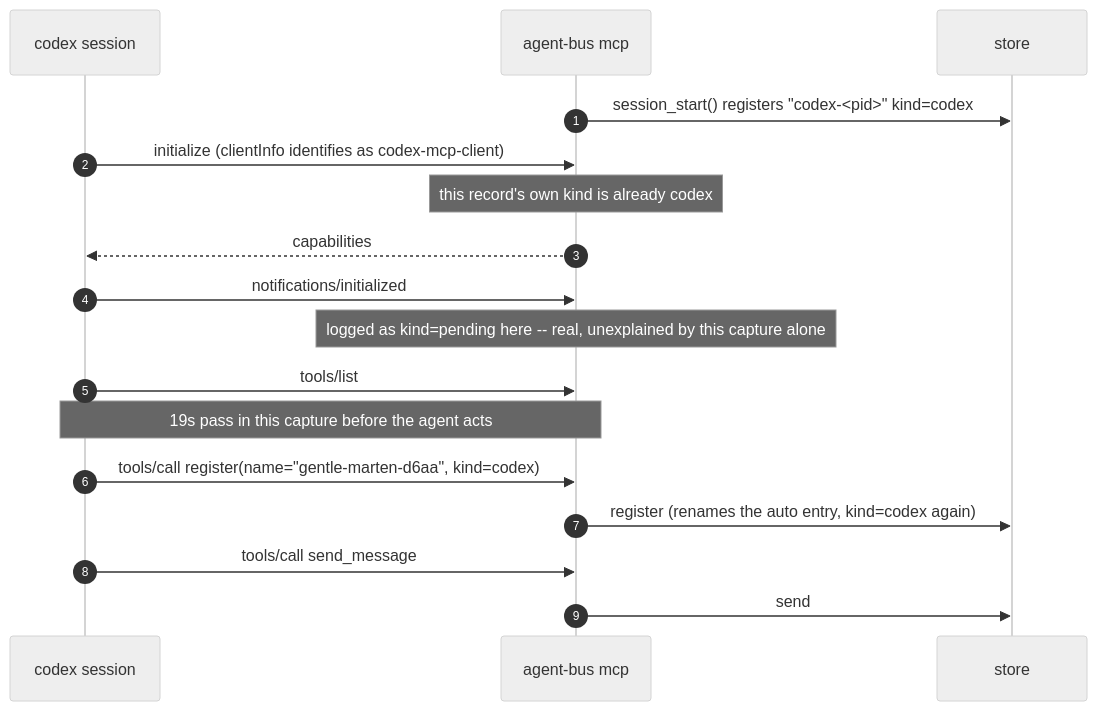
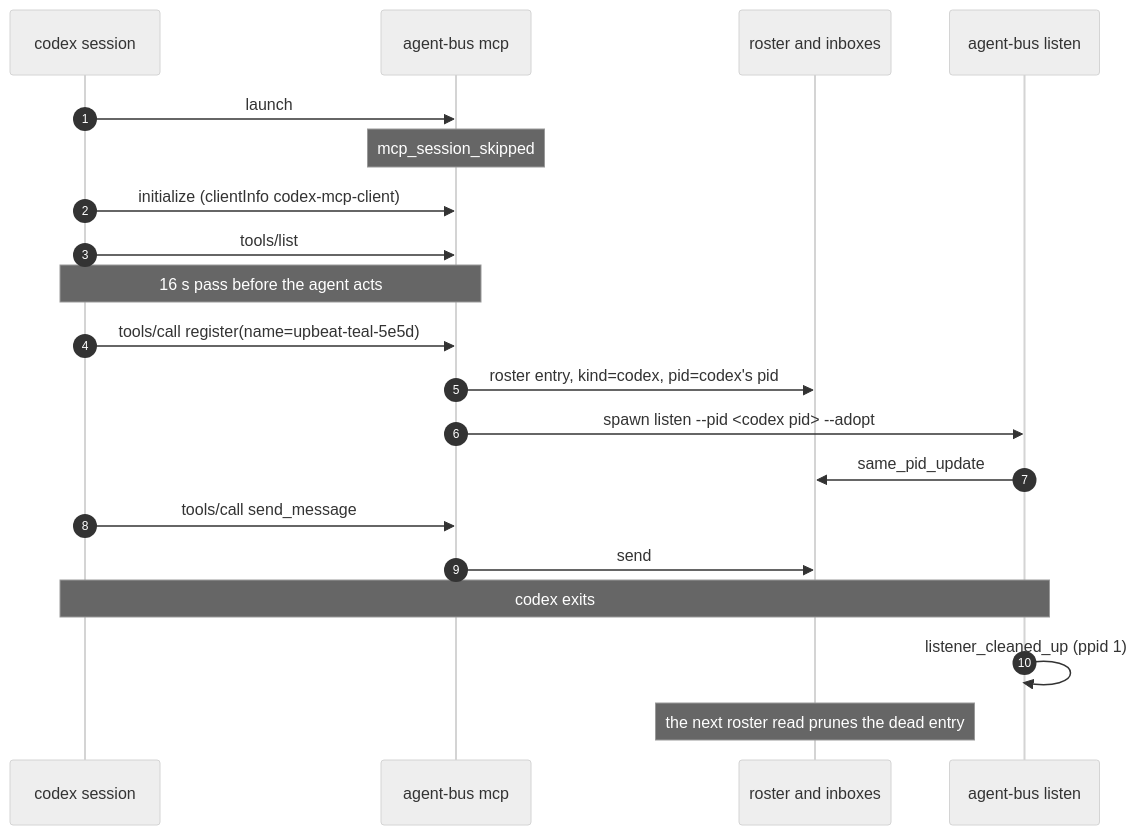
The second of 2 diagrams in tests/agent_bus/integration/test_a_harness_joins_the_bus.md (danbarua/agent-bus), drawn with Mermaid (neutral theme) before and after one commit. The commit also changed other lines of this file and 20 other files, not shown here.

````diff
--- a/tests/agent_bus/integration/test_a_harness_joins_the_bus.md
+++ b/tests/agent_bus/integration/test_a_harness_joins_the_bus.md
@@ -139,20 +106,23 @@
 ```mermaid
 sequenceDiagram
     autonumber
     participant codex as codex session
     participant mcp as agent-bus mcp
-    participant bus as store
+    participant bus as roster and inboxes
+    participant lis as agent-bus listen
 
-    mcp->>bus: session_start() registers "codex-<pid>" kind=codex
-    codex->>mcp: initialize (clientInfo identifies as codex-mcp-client)
-    Note over mcp: this record's own kind is already codex
-    mcp-->>codex: capabilities
-    codex->>mcp: notifications/initialized
-    Note over mcp: logged as kind=pending here -- real, unexplained by this capture alone
+    codex->>mcp: launch
+    Note over mcp: mcp_session_skipped
+    codex->>mcp: initialize (clientInfo codex-mcp-client)
     codex->>mcp: tools/list
-    Note over codex,mcp: 19s pass in this capture before the agent acts
-    codex->>mcp: tools/call register(name="gentle-marten-d6aa", kind=codex)
-    mcp->>bus: register (renames the auto entry, kind=codex again)
+    Note over codex,mcp: 16 s pass before the agent acts
+    codex->>mcp: tools/call register(name=upbeat-teal-5e5d)
+    mcp->>bus: roster entry, kind=codex, pid=codex's pid
+    mcp->>lis: spawn listen --pid <codex pid> --adopt
+    lis->>bus: same_pid_update
     codex->>mcp: tools/call send_message
     mcp->>bus: send
+    Note over codex,lis: codex exits
+    lis->>lis: listener_cleaned_up (ppid 1)
+    Note over bus: the next roster read prunes the dead entry
 ```
````
